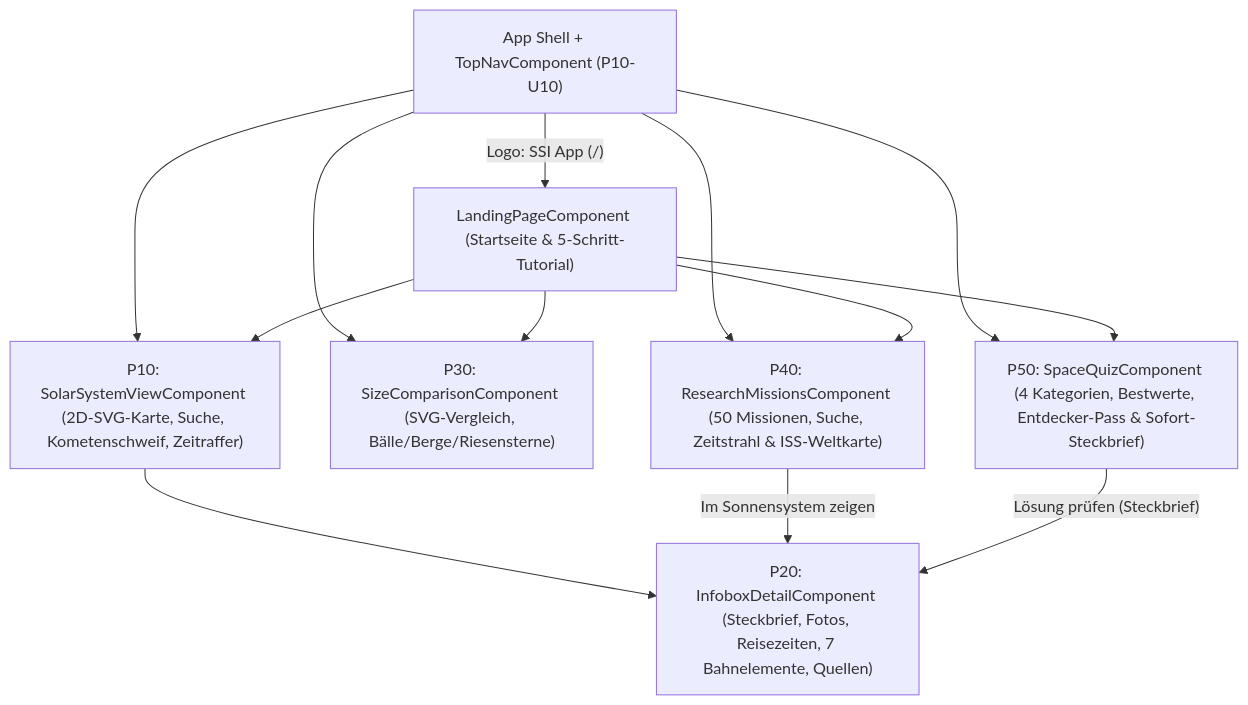
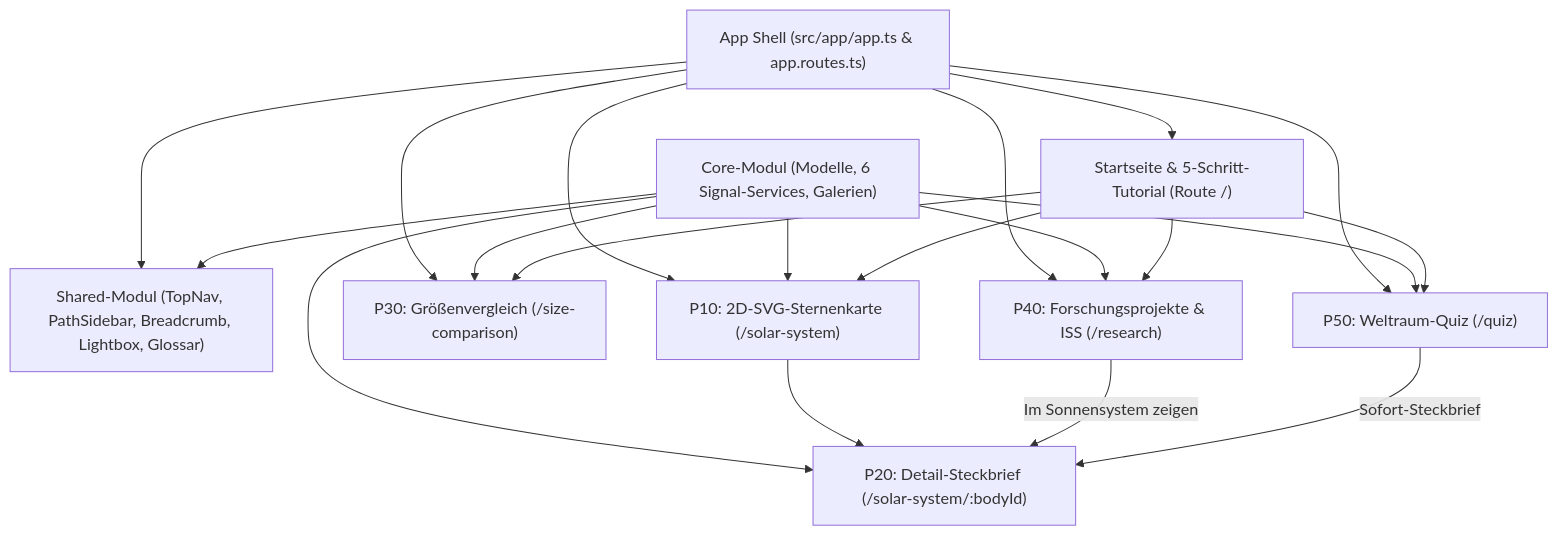
Before and after one commit to J-Moessmer/BITLC-Angular-Solarsystem-Finalproject: the diagram in README.md, drawn with Mermaid. The commit also changed other lines of this file and 9 other files, not shown here.

Commit message:
docs: add comprehensive README documentation for core, shared, and feature modules

````diff
--- a/README.md
+++ b/README.md
@@ -23,23 +25,32 @@
 ```mermaid
 flowchart TD
-    App["App Shell + TopNavComponent (P10-U10)"]
-    Home["LandingPageComponent (Startseite & 5-Schritt-Tutorial)"]
-    P10["P10: SolarSystemViewComponent (2D-SVG-Karte, Suche, Kometenschweif, Zeitraffer)"]
-    P20["P20: InfoboxDetailComponent (Steckbrief, Fotos, Reisezeiten, 7 Bahnelemente, Quellen)"]
-    P30["P30: SizeComparisonComponent (SVG-Vergleich, Bälle/Berge/Riesensterne)"]
-    P40["P40: ResearchMissionsComponent (50 Missionen, Suche, Zeitstrahl & ISS-Weltkarte)"]
-    P50["P50: SpaceQuizComponent (4 Kategorien, Bestwerte, Entdecker-Pass & Sofort-Steckbrief)"]
+    App["App Shell (src/app/app.ts & app.routes.ts)"]
+    Core["Core-Modul (Modelle, 6 Signal-Services, Galerien)"]
+    Shared["Shared-Modul (TopNav, PathSidebar, Breadcrumb, Lightbox, Glossar)"]
+    Home["Startseite & 5-Schritt-Tutorial (Route /)"]
+    P10["P10: 2D-SVG-Sternenkarte (/solar-system)"]
+    P20["P20: Detail-Steckbrief (/solar-system/:bodyId)"]
+    P30["P30: Größenvergleich (/size-comparison)"]
+    P40["P40: Forschungsprojekte & ISS (/research)"]
+    P50["P50: Weltraum-Quiz (/quiz)"]
 
-    App -->|"Logo: SSI App (/)"| Home
+    App --> Shared
+    App --> Home
     App --> P10
     App --> P30
     App --> P40
     App --> P50
+    Core --> Shared
+    Core --> P10
+    Core --> P20
+    Core --> P30
+    Core --> P40
+    Core --> P50
     Home --> P10
     Home --> P30
     Home --> P40
     Home --> P50
     P10 --> P20
     P40 -->|"Im Sonnensystem zeigen"| P20
-    P50 -->|"Lösung prüfen (Steckbrief)"| P20
+    P50 -->|"Sofort-Steckbrief"| P20
 ```
````
